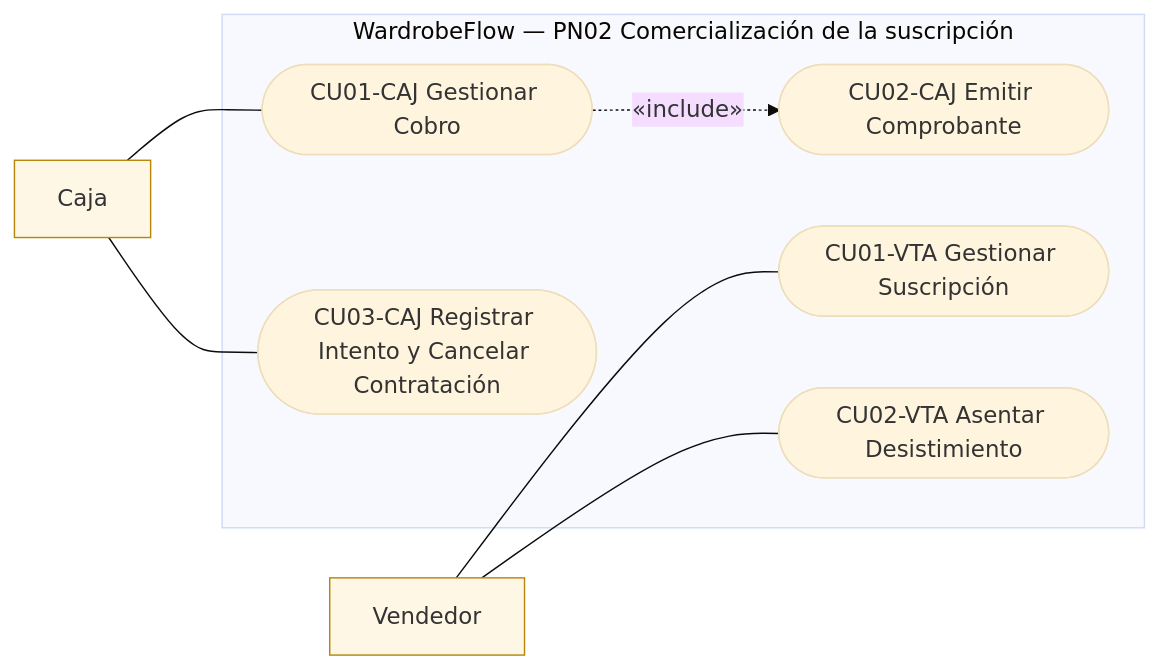
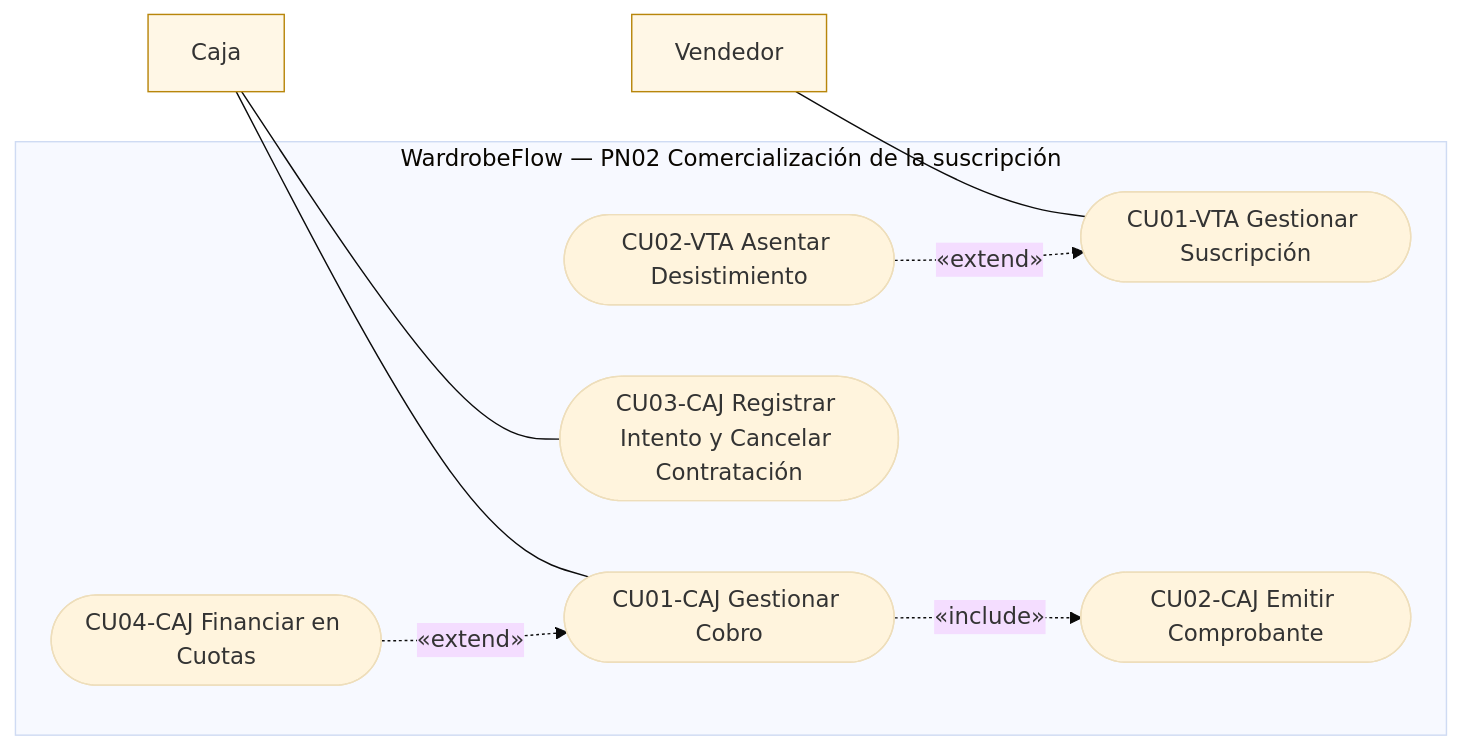
One commit to valentinamorana/Trabajo-de-Diploma changed the diagram in docs/diagramas/mermaid/CU_pn02_comercializacion.mmd. Above: the diagram before and after it, drawn with Mermaid (base theme). The commit also changed 183 other files, not shown here.

```diff
--- a/docs/diagramas/mermaid/CU_pn02_comercializacion.mmd
+++ b/docs/diagramas/mermaid/CU_pn02_comercializacion.mmd
@@ -1,16 +1,18 @@
 flowchart LR
   V["Vendedor"]:::actor
   C["Caja"]:::actor
   subgraph SIS["WardrobeFlow — PN02 Comercialización de la suscripción"]
     c1(["CU01-VTA Gestionar Suscripción"])
     c2(["CU01-CAJ Gestionar Cobro"])
     c3(["CU02-CAJ Emitir Comprobante"])
     c4(["CU03-CAJ Registrar Intento y Cancelar Contratación"])
     c5(["CU02-VTA Asentar Desistimiento"])
+    c6(["CU04-CAJ Financiar en Cuotas"])
   end
   V --- c1
-  V --- c5
   C --- c2
   C --- c4
   c2 -. "«include»" .-> c3
+  c5 -. "«extend»" .-> c1
+  c6 -. "«extend»" .-> c2
   classDef actor fill:#fff7e6,stroke:#b8860b
```
